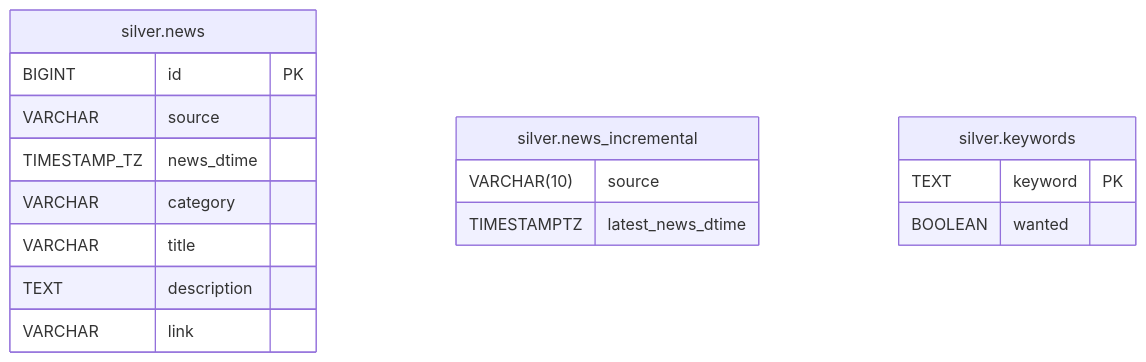
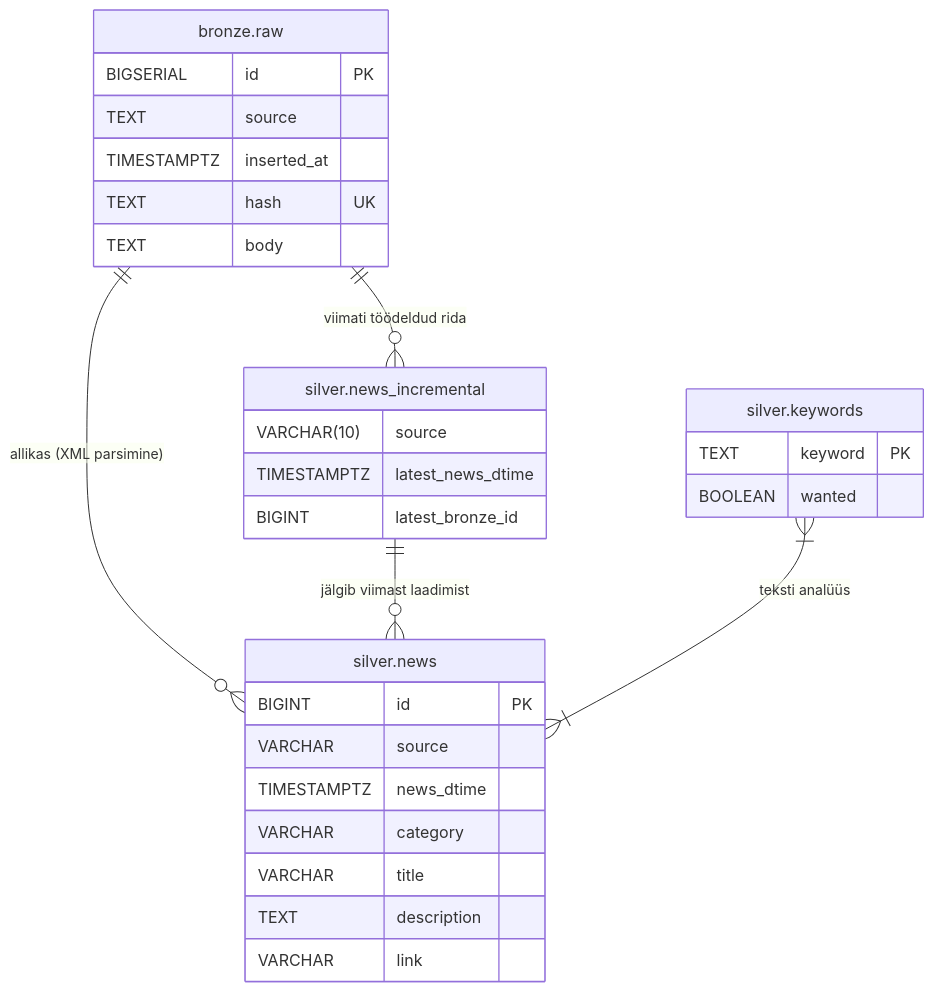
Before and after one commit to kaidokariste/ut-aik-grupitoo: the second of 2 diagrams in docs/arhitektuur.md, drawn with Mermaid. The commit also changed other lines of this file and 9 other files, not shown here.

````diff
--- a/docs/arhitektuur.md
+++ b/docs/arhitektuur.md
@@ -36,20 +55,33 @@
 ```mermaid
 erDiagram
+    "bronze.raw" {
+        BIGSERIAL id PK
+        TEXT source
+        TIMESTAMPTZ inserted_at
+        TEXT hash UK
+        TEXT body
+    }
     "silver.news" {
         BIGINT id PK
         VARCHAR source
-        TIMESTAMP_TZ news_dtime
+        TIMESTAMPTZ news_dtime
         VARCHAR category
         VARCHAR title
         TEXT description
         VARCHAR link
     }
     "silver.news_incremental" {
         VARCHAR(10) source
         TIMESTAMPTZ latest_news_dtime
+        BIGINT latest_bronze_id
     }
     "silver.keywords" {
         TEXT keyword PK
         BOOLEAN wanted
     }
+
+    "bronze.raw" ||--o{ "silver.news" : "allikas (XML parsimine)"
+    "bronze.raw" ||--o{ "silver.news_incremental" : "viimati töödeldud rida"
+    "silver.news_incremental" ||--o{ "silver.news" : "jälgib viimast laadimist"
+    "silver.keywords" }|--|{ "silver.news" : "teksti analüüs"
 ```
````
